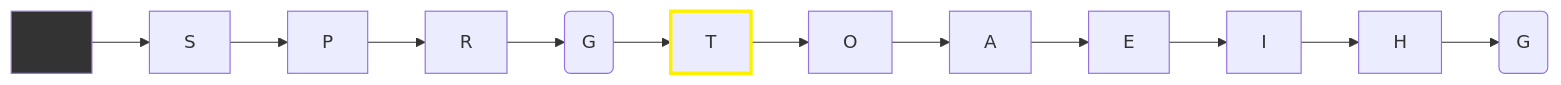
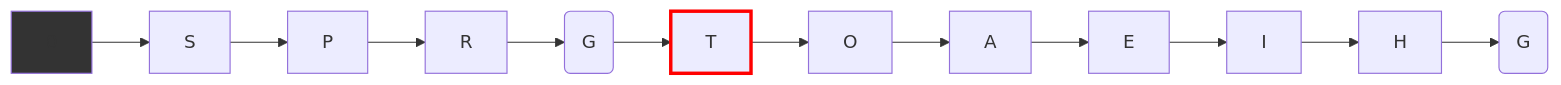
The sixth of 18 diagrams in README.md (west7/EDA2), drawn with Mermaid before and after one commit. The commit also changed other lines of this file, not shown here.

Commit message:
update graph section

````diff
--- a/README.md
+++ b/README.md
@@ -506,7 +508,7 @@
 ```mermaid
     graph LR;
     0 --> S --> P --> R --> G1(G) --> T --> O --> A --> E --> I --> H --> G2(G)
 
-    style T stroke-width: 3px, stroke: #FFF000
+    style T stroke-width: 3px, stroke: #FF0000
     style 0 fill: #333
 ```
````
